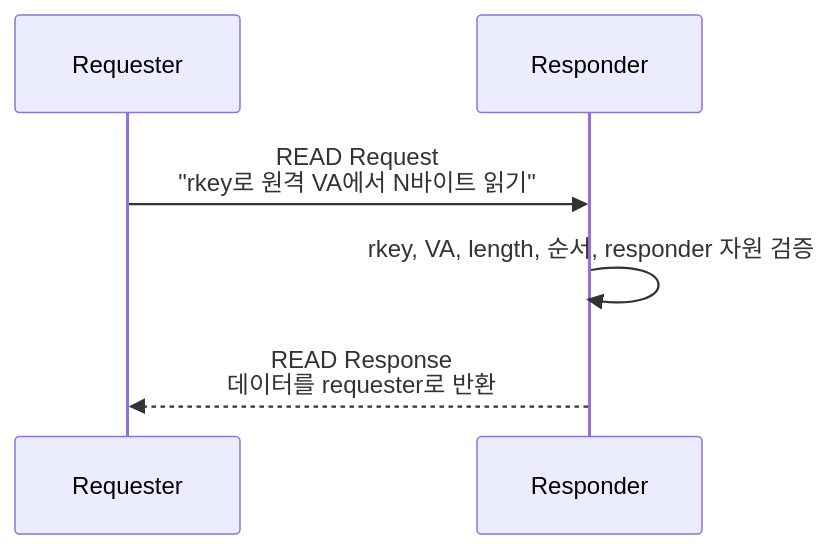
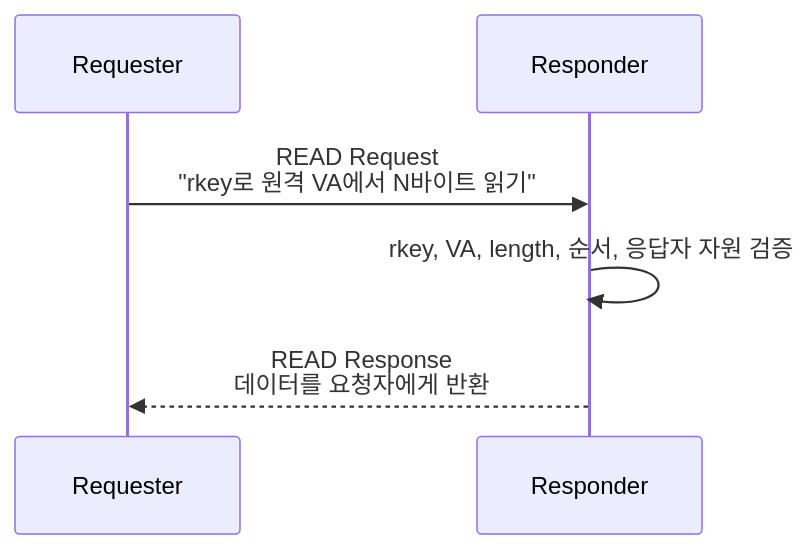
The fifth of 9 diagrams in ai-data-center-network/ib-packet-analysis/README_KO.md (ziwon/ai-data-center-network), drawn with Mermaid before and after one commit. The commit also changed other lines of this file and 1 other file, not shown here.

````diff
--- a/ai-data-center-network/ib-packet-analysis/README_KO.md
+++ b/ai-data-center-network/ib-packet-analysis/README_KO.md
@@ -486,9 +486,9 @@
 ```mermaid
 sequenceDiagram
     participant Req as Requester
     participant Resp as Responder
 
     Req->>Resp: READ Request<br/>"rkey로 원격 VA에서 N바이트 읽기"
-    Resp->>Resp: rkey, VA, length, 순서, responder 자원 검증
-    Resp-->>Req: READ Response<br/>데이터를 requester로 반환
+    Resp->>Resp: rkey, VA, length, 순서, 응답자 자원 검증
+    Resp-->>Req: READ Response<br/>데이터를 요청자에게 반환
 ```
````
